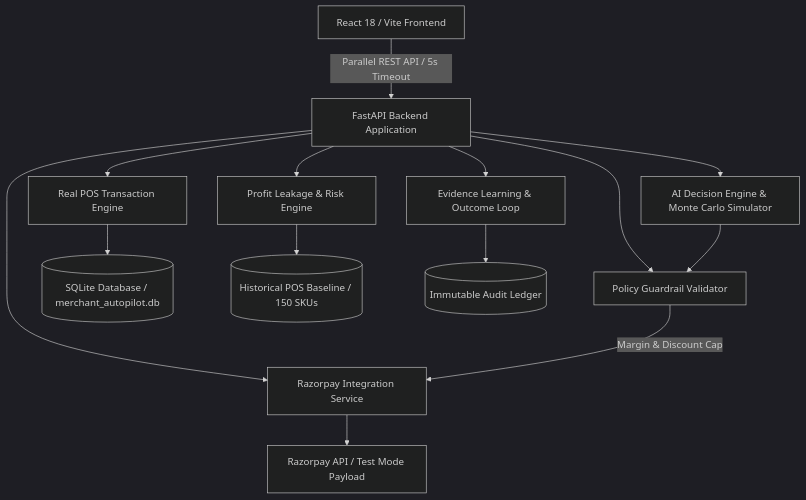
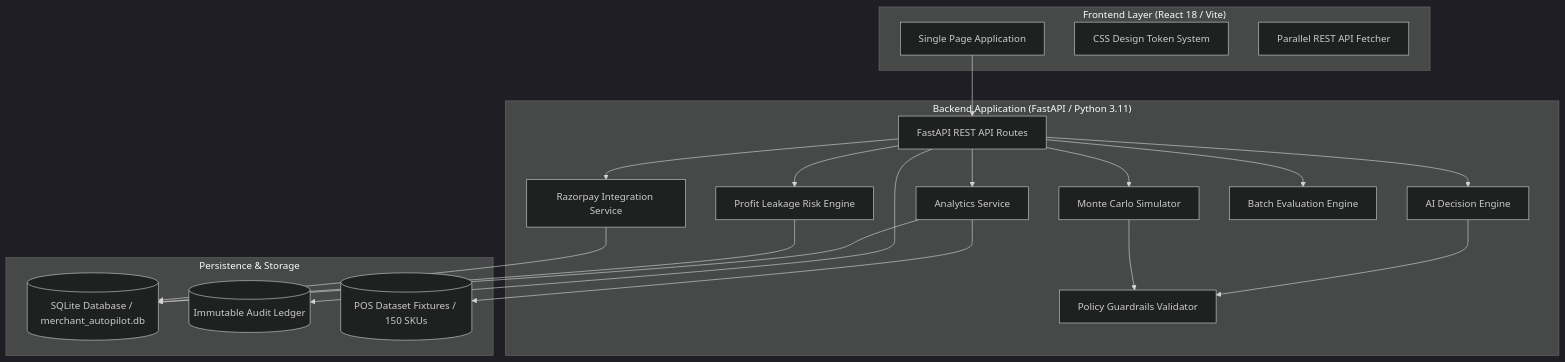
Before and after one commit to Sanjay34598/merchent-revenue-automation: the diagram in README.md, drawn with Mermaid (dark theme). The commit also changed other lines of this file and 5 other files, not shown here.

````diff
--- a/README.md
+++ b/README.md
@@ -85,17 +93,41 @@
 ```mermaid
 graph TD
-    A[React 18 / Vite Frontend] -->|Parallel REST API / 5s Timeout| B[FastAPI Backend Application]
-    B --> C[Real POS Transaction Engine]
-    B --> D[Profit Leakage & Risk Engine]
-    B --> E[AI Decision Engine & Monte Carlo Simulator]
-    B --> F[Policy Guardrail Validator]
-    B --> G[Razorpay Integration Service]
-    B --> H[Evidence Learning & Outcome Loop]
+    subgraph Frontend ["Frontend Layer (React 18 / Vite)"]
+        UI[Single Page Application]
+        TokenSystem[CSS Design Token System]
+        ParallelFetcher[Parallel REST API Fetcher]
+    end
 
-    C --> I[(SQLite Database / merchant_autopilot.db)]
-    D --> J[(Historical POS Baseline / 150 SKUs)]
-    E --> F
-    F -->|Margin & Discount Cap| G
-    G --> K[Razorpay API / Test Mode Payload]
-    H --> L[(Immutable Audit Ledger)]
+    subgraph Backend ["Backend Application (FastAPI / Python 3.11)"]
+        API[FastAPI REST API Routes]
+        AnalyticsSvc[Analytics Service]
+        RiskEngine[Profit Leakage Risk Engine]
+        DecisionEngine[AI Decision Engine]
+        Simulator[Monte Carlo Simulator]
+        Guardrails[Policy Guardrails Validator]
+        RazorpaySvc[Razorpay Integration Service]
+        EvaluationEngine[Batch Evaluation Engine]
+    end
+
+    subgraph Persistence ["Persistence & Storage"]
+        DB[(SQLite Database / merchant_autopilot.db)]
+        AuditLedger[(Immutable Audit Ledger)]
+        DataFixtures[(POS Dataset Fixtures / 150 SKUs)]
+    end
+
+    UI --> API
+    API --> AnalyticsSvc
+    API --> RiskEngine
+    API --> DecisionEngine
+    API --> Simulator
+    API --> RazorpaySvc
+    API --> EvaluationEngine
+
+    AnalyticsSvc --> DB
+    AnalyticsSvc --> DataFixtures
+    RiskEngine --> DB
+    DecisionEngine --> Guardrails
+    Simulator --> Guardrails
+    RazorpaySvc --> DB
+    API --> AuditLedger
 ```
````
